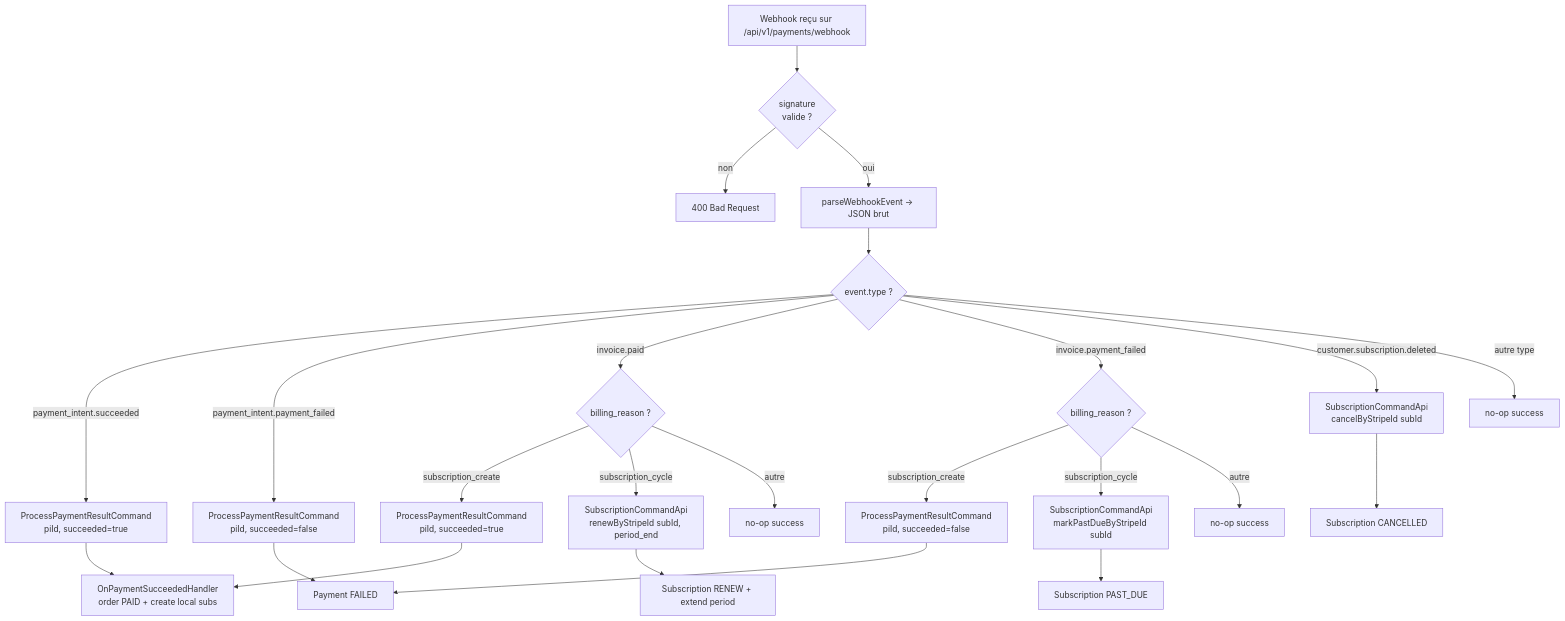
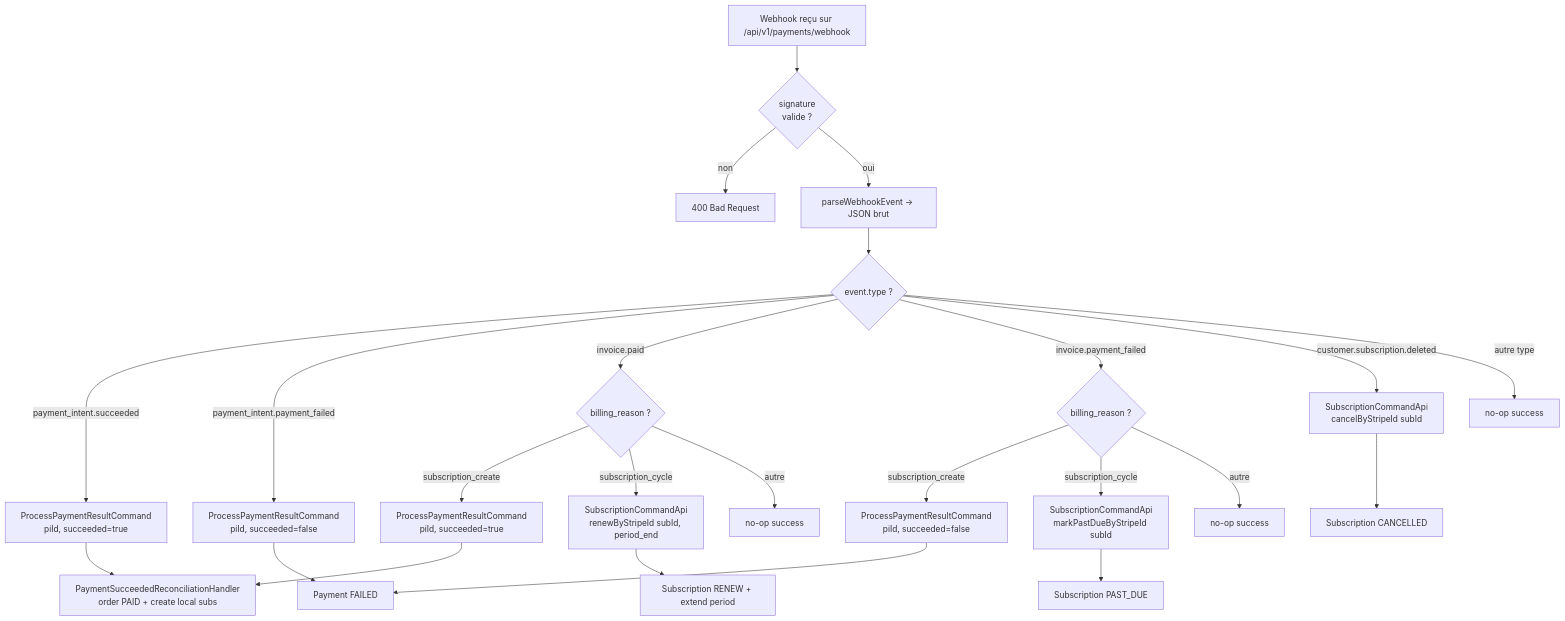
One commit to EnzoFB/cyna-platform changed the tenth of 14 diagrams in docs/flows/order-payment-flow.md. Above: the diagram before and after it, drawn with Mermaid. The commit also changed other lines of this file and 4 other files, not shown here.

First line of the commit message:
refactor(payment): rename OnPaymentSucceededHandler to PaymentSucceededReconciliationHandler

````diff
--- a/docs/flows/order-payment-flow.md
+++ b/docs/flows/order-payment-flow.md
@@ -629,33 +631,33 @@
 ```mermaid
 flowchart TD
     START[Webhook reçu sur /api/v1/payments/webhook]
     START --> SIG{signature<br>valide ?}
     SIG -->|non| R400[400 Bad Request]
     SIG -->|oui| PARSE[parseWebhookEvent → JSON brut]
     PARSE --> TYPE{event.type ?}
 
     TYPE -->|payment_intent.succeeded| PIS[ProcessPaymentResultCommand<br>piId, succeeded=true]
     TYPE -->|payment_intent.payment_failed| PIF[ProcessPaymentResultCommand<br>piId, succeeded=false]
 
     TYPE -->|invoice.paid| INV_PAID{billing_reason ?}
     INV_PAID -->|subscription_create| INVCREATE[ProcessPaymentResultCommand<br>piId, succeeded=true]
     INV_PAID -->|subscription_cycle| INVCYCLE[SubscriptionCommandApi<br>renewByStripeId subId, period_end]
     INV_PAID -->|autre| NOOP1[no-op success]
 
     TYPE -->|invoice.payment_failed| INV_FAIL{billing_reason ?}
     INV_FAIL -->|subscription_create| INVFCREATE[ProcessPaymentResultCommand<br>piId, succeeded=false]
     INV_FAIL -->|subscription_cycle| INVFCYCLE[SubscriptionCommandApi<br>markPastDueByStripeId subId]
     INV_FAIL -->|autre| NOOP2[no-op success]
 
     TYPE -->|customer.subscription.deleted| SUB_DEL[SubscriptionCommandApi<br>cancelByStripeId subId]
 
     TYPE -->|autre type| IGNORE[no-op success]
 
-    PIS --> ON_SUCCESS[OnPaymentSucceededHandler<br>order PAID + create local subs]
+    PIS --> ON_SUCCESS[PaymentSucceededReconciliationHandler<br>order PAID + create local subs]
     INVCREATE --> ON_SUCCESS
     PIF --> MARK_FAILED[Payment FAILED]
     INVFCREATE --> MARK_FAILED
     INVCYCLE --> RENEW[Subscription RENEW + extend period]
     INVFCYCLE --> PAST_DUE[Subscription PAST_DUE]
     SUB_DEL --> CANCEL[Subscription CANCELLED]
 ```
````
